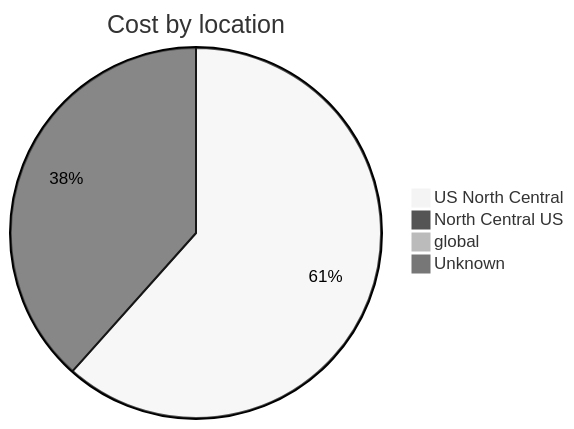
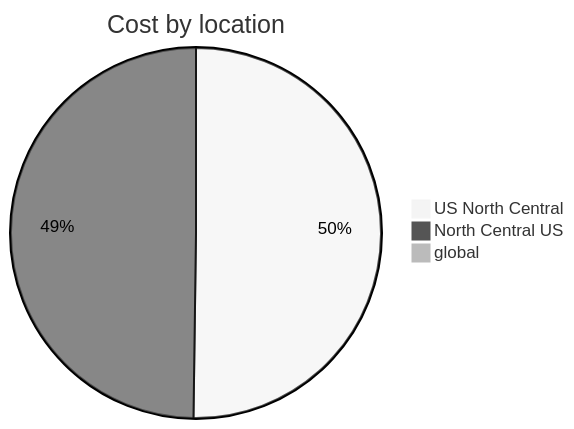
The third of 4 diagrams in cost-reports/personal-network/README.md (jpfulton/azure-personal-reports), drawn with Mermaid (neutral theme) before and after one commit. The commit also changed other lines of this file and 8 other files, not shown here.

````diff
--- a/cost-reports/personal-network/README.md
+++ b/cost-reports/personal-network/README.md
@@ -118,8 +113,7 @@
 ```mermaid
 pie
    title Cost by location
-   "US North Central" : 28.87
-   "North Central US" : 17.99
-   "global" : 0.29
-   "Unknown" : 0.14
+   "US North Central" : 24.39
+   "North Central US" : 24.18
+   "global" : 0.45
 ```
````
